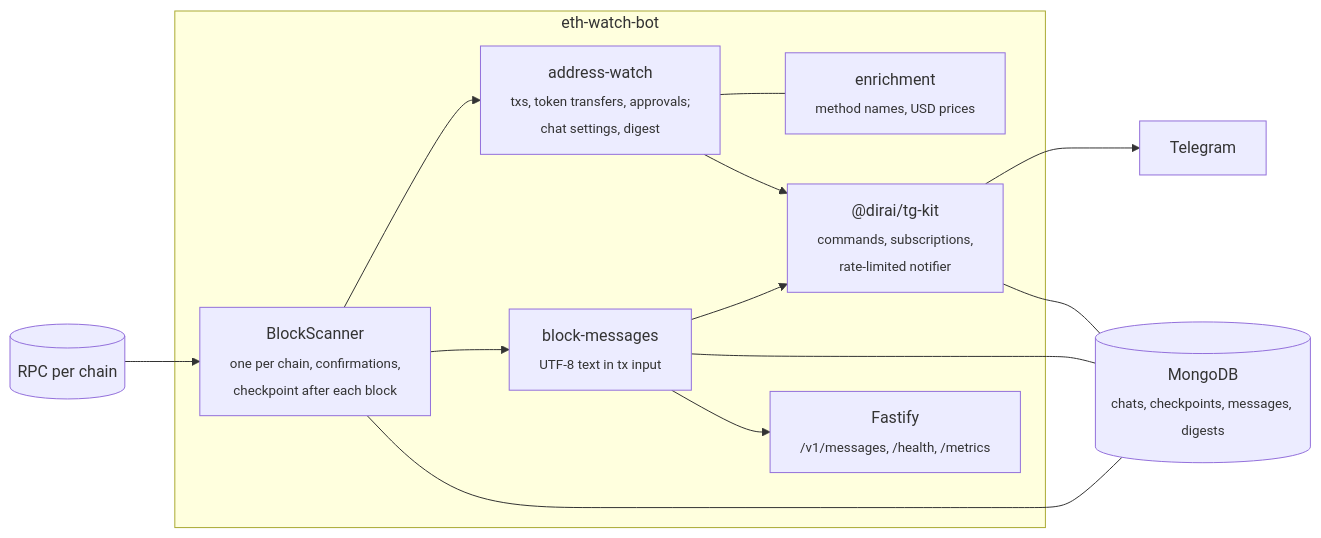
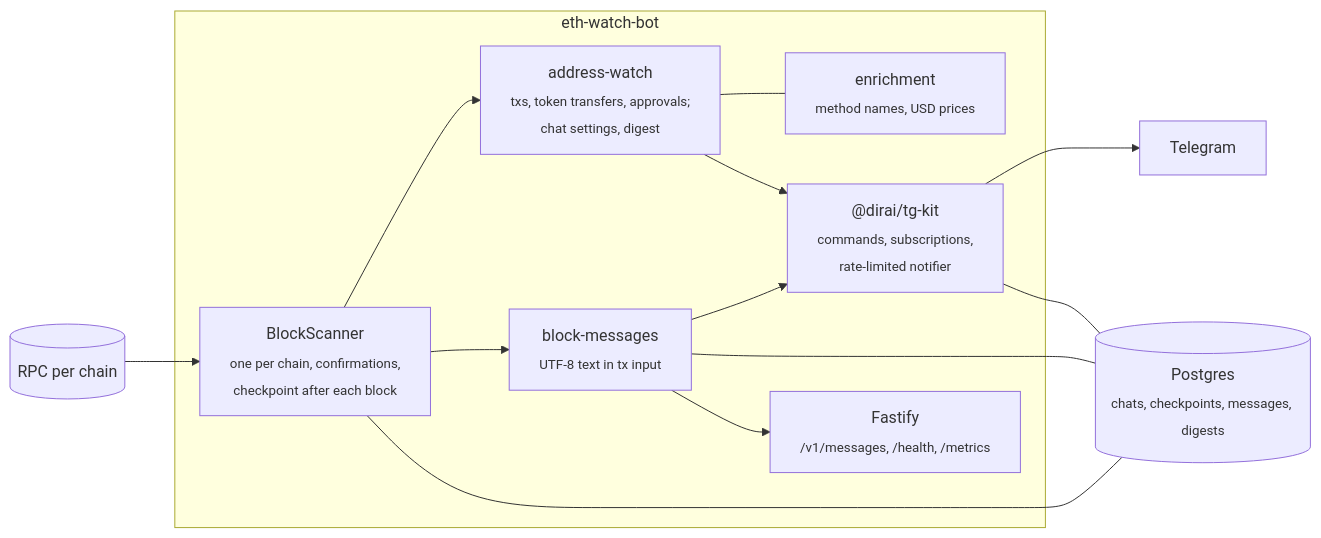
The diagram in README.md (DiRaiks/eth-watch-bot), drawn with Mermaid before and after one commit. The commit also changed other lines of this file and 14 other files, not shown here.

First line of the commit message:
feat!: store data in Postgres instead of MongoDB

````diff
--- a/README.md
+++ b/README.md
@@ -61,22 +61,22 @@
 ```mermaid
 flowchart LR
   rpc[("RPC per chain")]
   subgraph bot["eth-watch-bot"]
     scanner["BlockScanner<br/><sub>one per chain, confirmations,<br/>checkpoint after each block</sub>"]
     watch["address-watch<br/><sub>txs, token transfers, approvals;<br/>chat settings, digest</sub>"]
     enrich["enrichment<br/><sub>method names, USD prices</sub>"]
     messages["block-messages<br/><sub>UTF-8 text in tx input</sub>"]
     kit["@dirai/tg-kit<br/><sub>commands, subscriptions,<br/>rate-limited notifier</sub>"]
     api["Fastify<br/><sub>/v1/messages, /health, /metrics</sub>"]
   end
-  mongo[("MongoDB<br/><sub>chats, checkpoints, messages, digests</sub>")]
+  db[("Postgres<br/><sub>chats, checkpoints, messages, digests</sub>")]
   tg["Telegram"]
 
   rpc --> scanner --> watch & messages
   watch --- enrich
   watch & messages --> kit --> tg
-  scanner --- mongo
-  kit --- mongo
-  messages --- mongo
+  scanner --- db
+  kit --- db
+  messages --- db
   messages --> api
 ```
````
